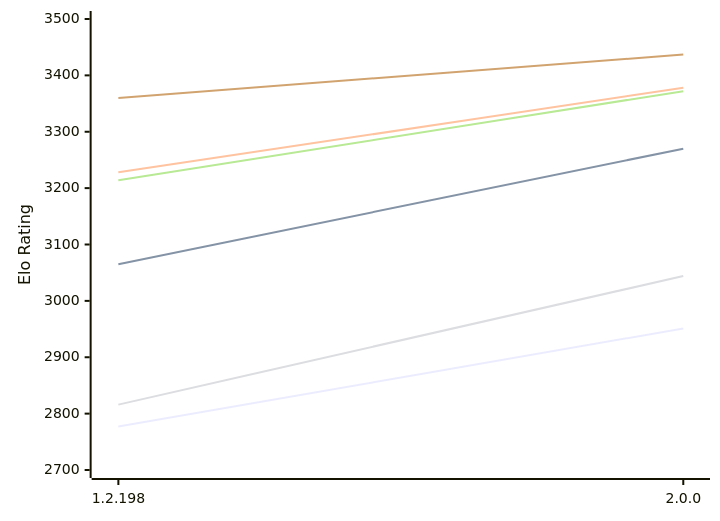
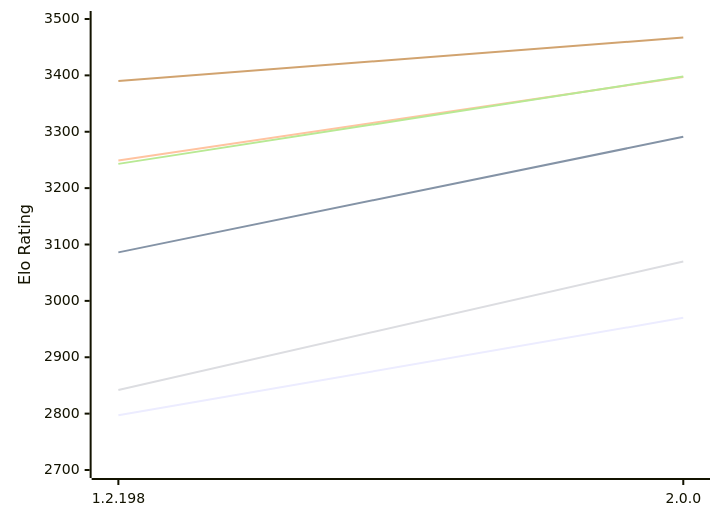
One commit to computer-chess-index/cci changed the diagram in engines/Zenith.md. Above: the diagram before and after it, drawn with Mermaid. The commit also changed other lines of this file, not shown here.

Commit message:
Update CCI Ratings (ELO VLTC) - 2026-10-20

````diff
--- a/engines/Zenith.md
+++ b/engines/Zenith.md
@@ -49,12 +49,12 @@
 ```mermaid
 %%{init: {"theme":"base","themeVariables":{"seriesColors:['#a3a3a3','#222221','#faa371']}}}%%
 xychart-beta
   x-axis ["1.2.198", "2.0.0"]
   y-axis "Elo Rating" 2700 --> 3500
-  line "E1: STC (8.0+0.08s)" [2777, 2951]
-  line "E1: LTC (60.0+0.60s)" [3065, 3270]
-  line "E1: VLTC (2m24s+1.12s)" [3228, 3378]
-  line "P1: STC (8.0+0.08s)" [2816, 3044]
-  line "P1: LTC (60.0+0.60s)" [3214, 3372]
-  line "P1: VLTC (2m24s+1.12s)" [3360, 3437]
+  line "E1: STC (8.0+0.08s)" [2797, 2970]
+  line "E1: LTC (60.0+0.60s)" [3086, 3291]
+  line "E1: VLTC (2m24s+1.12s)" [3249, 3397]
+  line "P1: STC (8.0+0.08s)" [2842, 3070]
+  line "P1: LTC (60.0+0.60s)" [3243, 3398]
+  line "P1: VLTC (2m24s+1.12s)" [3390, 3467]
 ```
````
